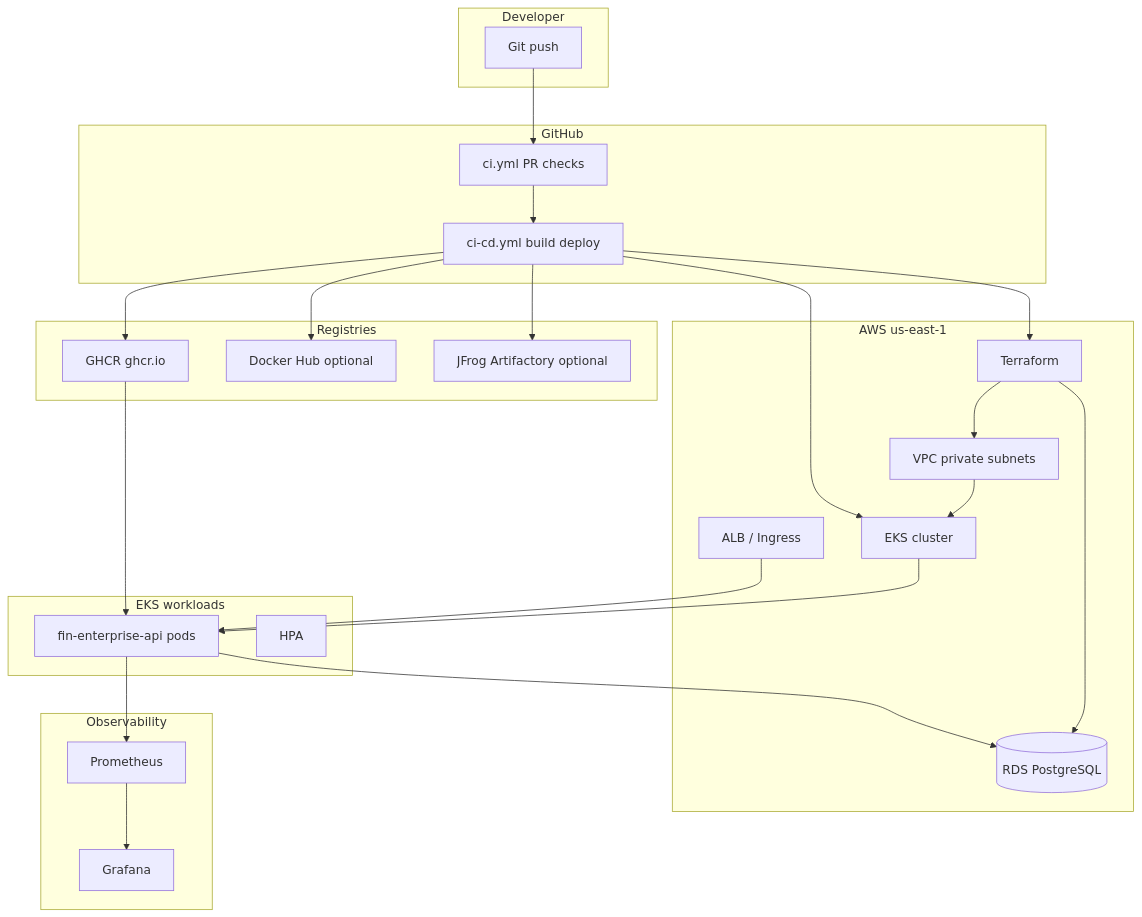
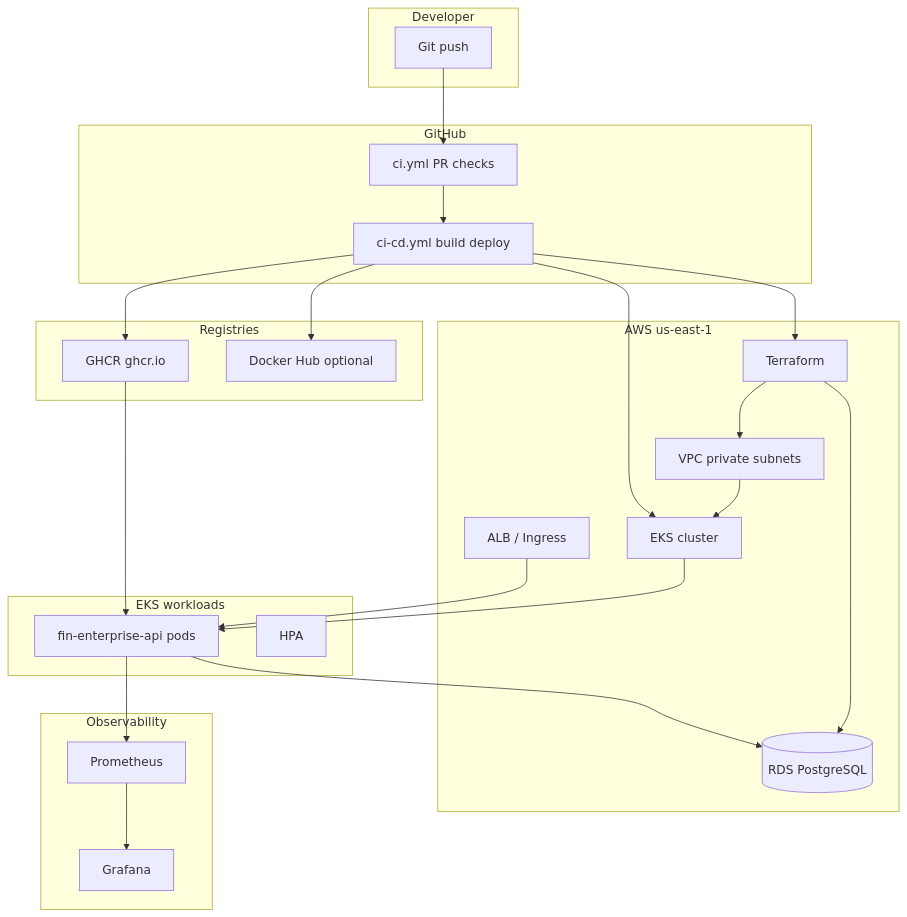
One commit to Aravindkasireddy/DevOps-proj changed the diagram in docs/EKS_DEMO_SCRIPT.md. Above: the diagram before and after it, drawn with Mermaid. The commit also changed other lines of this file and 18 other files, not shown here.

````diff
--- a/docs/EKS_DEMO_SCRIPT.md
+++ b/docs/EKS_DEMO_SCRIPT.md
@@ -39,49 +39,47 @@
 ```mermaid
 flowchart TB
   subgraph dev["Developer"]
     CODE[Git push]
   end
 
   subgraph gh["GitHub"]
     CI[ci.yml PR checks]
     CD[ci-cd.yml build deploy]
   end
 
   subgraph reg["Registries"]
     GHCR[GHCR ghcr.io]
     DH[Docker Hub optional]
-    ART[JFrog Artifactory optional]
   end
 
   subgraph aws["AWS us-east-1"]
     TF[Terraform]
     VPC[VPC private subnets]
     EKS[EKS cluster]
     RDS[(RDS PostgreSQL)]
     ALB[ALB / Ingress]
   end
 
   subgraph k8s["EKS workloads"]
     POD[fin-enterprise-api pods]
     HPA[HPA]
   end
 
   subgraph obs["Observability"]
     PROM[Prometheus]
     GRAF[Grafana]
   end
 
   CODE --> CI --> CD
   CD --> GHCR
   CD --> DH
-  CD --> ART
   CD --> TF
   TF --> VPC --> EKS
   TF --> RDS
   CD --> EKS
   GHCR --> POD
   EKS --> POD
   POD --> RDS
   ALB --> POD
   POD --> PROM --> GRAF
 ```
````
